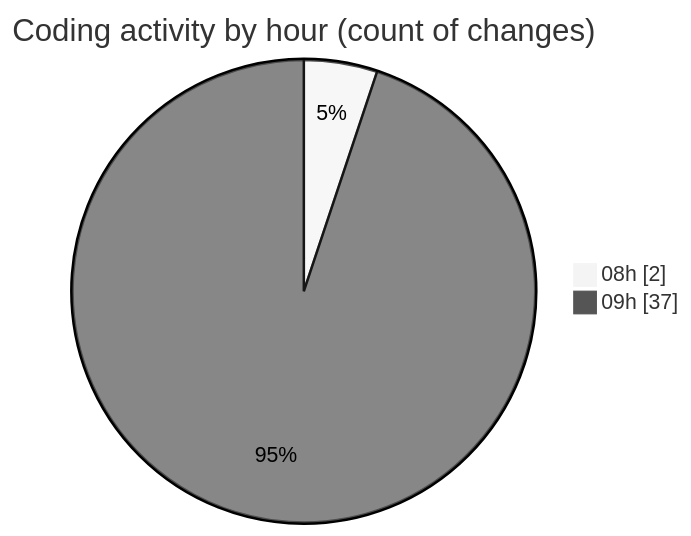
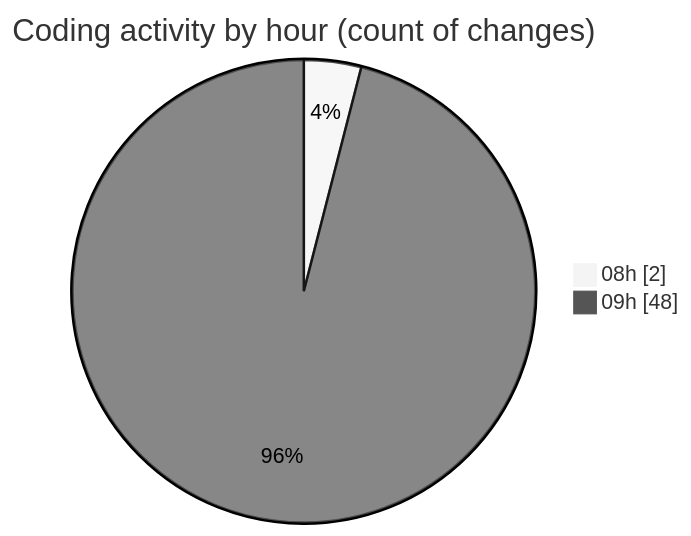
One commit to momahboobian/code-tracking changed the second of 2 diagrams in 2026-06-10/cda/README.md. Above: the diagram before and after it, drawn with Mermaid (neutral theme). The commit also changed other lines of this file and 1 other file, not shown here.

````diff
--- a/2026-06-10/cda/README.md
+++ b/2026-06-10/cda/README.md
@@ -64,6 +68,6 @@
 ```mermaid
 pie showData
 title Coding activity by hour (count of changes)
 "08h" : 2
-"09h" : 37
+"09h" : 48
 ```
````
